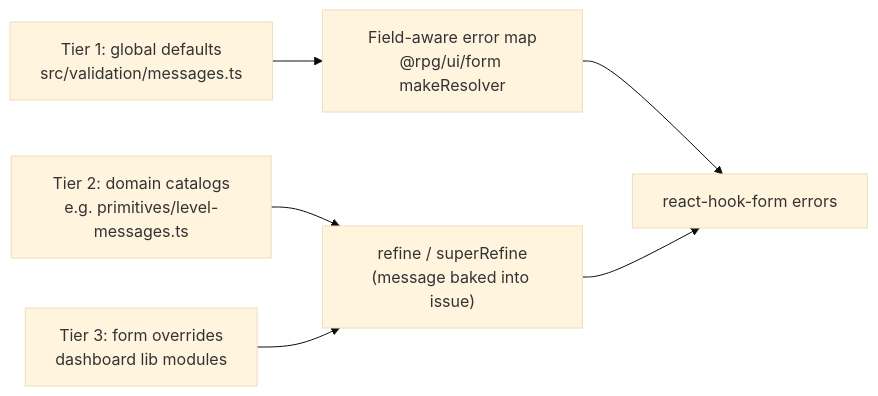
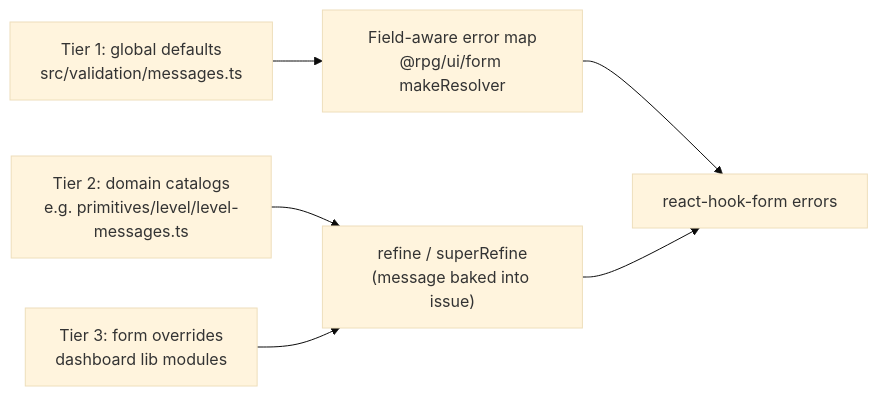
The diagram in packages/contracts/docs/validation-messages.md (jeremyphillips/rpg-world-builder-app), drawn with Mermaid (base theme) before and after one commit. The commit also changed other lines of this file and 4 other files, not shown here.

````diff
--- a/packages/contracts/docs/validation-messages.md
+++ b/packages/contracts/docs/validation-messages.md
@@ -10,8 +10,8 @@
 ```mermaid
 flowchart LR
     tier1["Tier 1: global defaults<br/>src/validation/messages.ts"] --> errorMap["Field-aware error map<br/>@rpg/ui/form makeResolver"]
-    tier2["Tier 2: domain catalogs<br/>e.g. primitives/level-messages.ts"] --> refine["refine / superRefine<br/>(message baked into issue)"]
+    tier2["Tier 2: domain catalogs<br/>e.g. primitives/level/level-messages.ts"] --> refine["refine / superRefine<br/>(message baked into issue)"]
     tier3["Tier 3: form overrides<br/>dashboard lib modules"] --> refine
     errorMap --> rhf["react-hook-form errors"]
     refine --> rhf
 ```
````
